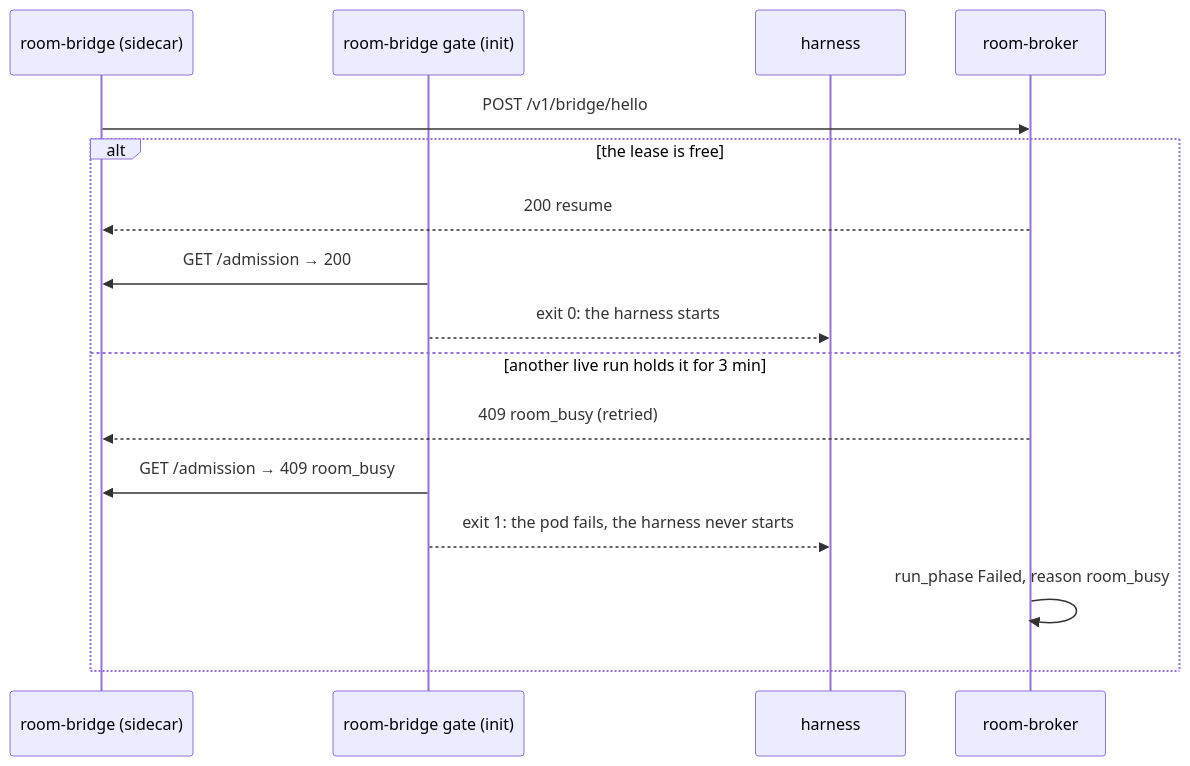
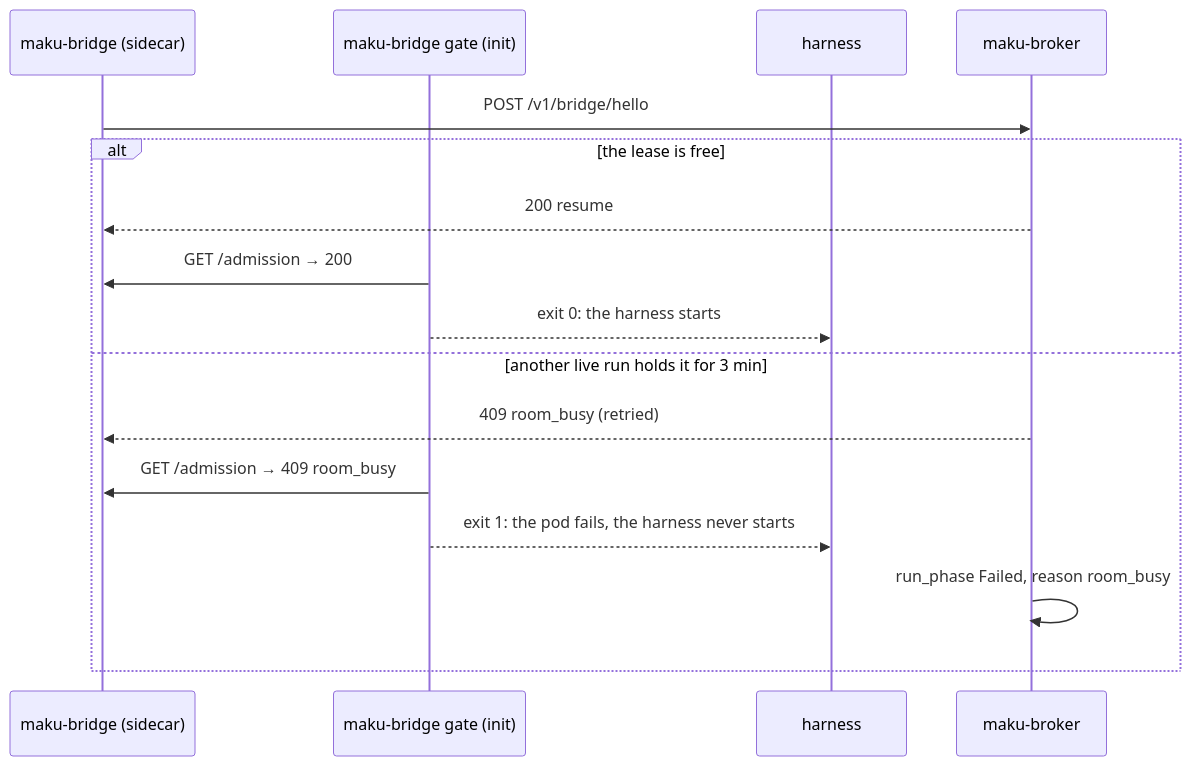
Before and after one commit to Smana/agent-platform: the third of 3 diagrams in docs/architecture.md, drawn with Mermaid. The commit also changed other lines of this file and 26 other files, not shown here.

Commit message:
docs: the maku names everywhere, and a gate for the old ones

````diff
--- a/docs/architecture.md
+++ b/docs/architecture.md
@@ -128,18 +128,18 @@
 ```mermaid
 sequenceDiagram
-  participant BR as room-bridge (sidecar)
-  participant G as room-bridge gate (init)
+  participant BR as maku-bridge (sidecar)
+  participant G as maku-bridge gate (init)
   participant H as harness
-  participant B as room-broker
+  participant B as maku-broker
   BR->>B: POST /v1/bridge/hello
   alt the lease is free
     B-->>BR: 200 resume
     G->>BR: GET /admission → 200
     G-->>H: exit 0: the harness starts
   else another live run holds it for 3 min
     B-->>BR: 409 room_busy (retried)
     G->>BR: GET /admission → 409 room_busy
     G-->>H: exit 1: the pod fails, the harness never starts
     B->>B: run_phase Failed, reason room_busy
   end
 ```
````
